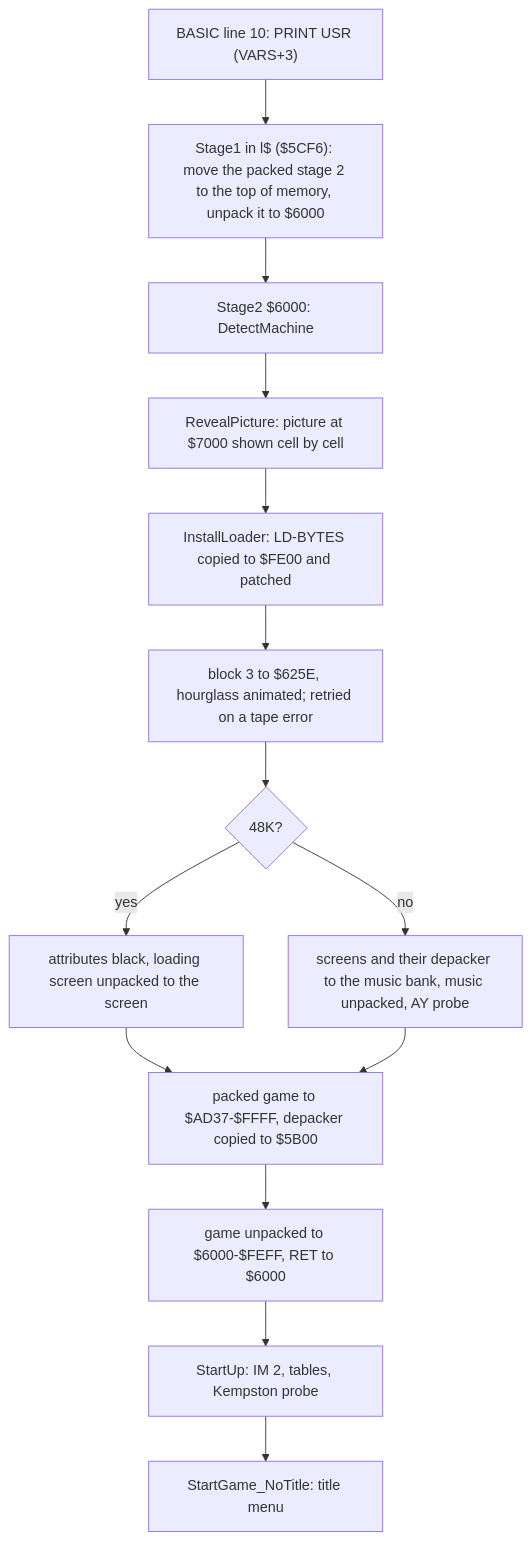
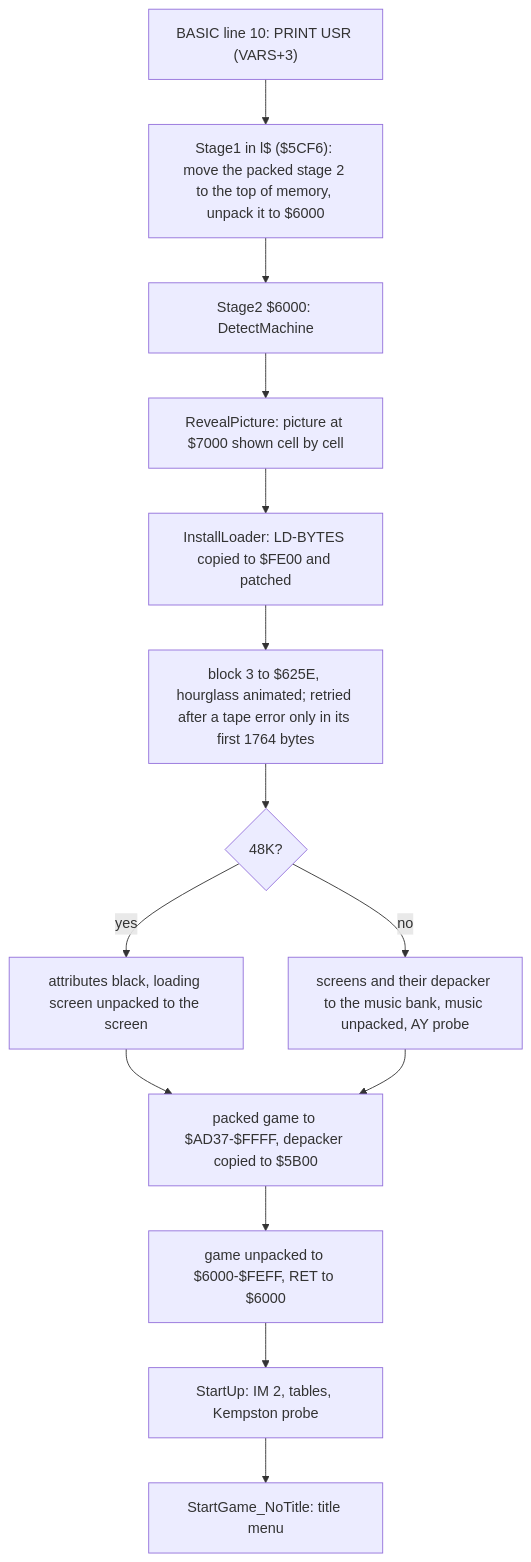
One commit to ruguevara/zx-reaper changed the diagram in examples/abbaye-des-morts/docs/01-overview.md. Above: the diagram before and after it, drawn with Mermaid. The commit also changed other lines of this file and 23 other files, not shown here.

````diff
--- a/examples/abbaye-des-morts/docs/01-overview.md
+++ b/examples/abbaye-des-morts/docs/01-overview.md
@@ -127,16 +128,16 @@
 ```mermaid
 flowchart TD
     B["BASIC line 10: PRINT USR (VARS+3)"] --> S1["Stage1 in l$ ($5CF6): move the packed stage 2 to the top of memory, unpack it to $6000"]
     S1 --> D["Stage2 $6000: DetectMachine"]
     D --> R["RevealPicture: picture at $7000 shown cell by cell"]
     R --> I["InstallLoader: LD-BYTES copied to $FE00 and patched"]
-    I --> L["block 3 to $625E, hourglass animated; retried on a tape error"]
+    I --> L["block 3 to $625E, hourglass animated; retried after a tape error only in its first 1764 bytes"]
     L --> M{"48K?"}
     M -- "yes" --> T["attributes black, loading screen unpacked to the screen"]
     M -- "no" --> K["screens and their depacker to the music bank, music unpacked, AY probe"]
     T --> G["packed game to $AD37-$FFFF, depacker copied to $5B00"]
     K --> G
     G --> U["game unpacked to $6000-$FEFF, RET to $6000"]
     U --> SU["StartUp: IM 2, tables, Kempston probe"]
     SU --> SG["StartGame_NoTitle: title menu"]
 ```
````
